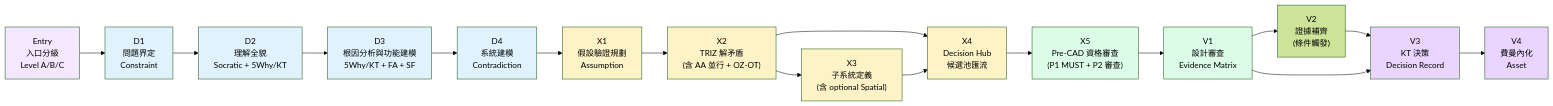
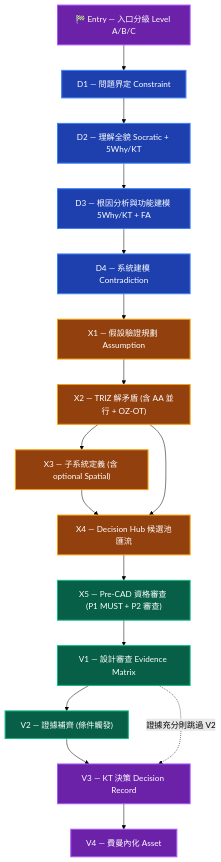
The first of 5 diagrams in docs/01-define/E3--system-interaction-flow.md (Zenobia0000/RD_copilot_system), drawn with Mermaid (forest theme) before and after one commit. The commit also changed 5 other files, not shown here.

First line of the commit message:
fix(docs): D/X/V 編號補遺 — DK-02/03/04 + first-principles + superseded wbs + interaction-flow

````diff
--- a/docs/01-define/E3--system-interaction-flow.md
+++ b/docs/01-define/E3--system-interaction-flow.md
@@ -55,34 +55,50 @@
 ```mermaid
-graph LR
-    S0["Entry<br/>入口分級<br/>Level A/B/C"] --> D1["D1<br/>問題界定<br/>Constraint"]
-    D1 --> D2["D2<br/>理解全貌<br/>Socratic + 5Why/KT"]
-    D2 --> D3["D3<br/>根因分析與功能建模<br/>5Why/KT + FA + SF"]
-    D3 --> D4["D4<br/>系統建模<br/>Contradiction"]
-    D4 --> X1["X1<br/>假設驗證規劃<br/>Assumption"]
+graph TD
+    %% ── Define 階段 ──
+    S0["🏁 Entry — 入口分級 Level A/B/C"]
+    D1["D1 — 問題界定 Constraint"]
+    D2["D2 — 理解全貌 Socratic + 5Why/KT"]
+    D3["D3 — 根因分析與功能建模 5Why/KT + FA"]
+    D4["D4 — 系統建模 Contradiction"]
 
-    X1 --> X2["X2<br/>TRIZ 解矛盾<br/>(含 AA 並行 + OZ-OT)"]
-    X2 --> X3["X3<br/>子系統定義<br/>(含 optional Spatial)"]
-    X2 --> X4["X4<br/>Decision Hub<br/>候選池匯流"]
-    X3 --> X4
+    S0 --> D1 --> D2 --> D3 --> D4
 
-    X4 --> X5["X5<br/>Pre-CAD 資格審查<br/>(P1 MUST + P2 審查)"]
-    X5 --> V1["V1<br/>設計審查<br/>Evidence Matrix"]
-    V1 --> V2["V2<br/>證據補齊<br/>(條件觸發)"]
-    V2 --> V3["V3<br/>KT 決策<br/>Decision Record"]
-    V1 --> V3
-    V3 --> V4["V4<br/>費曼內化<br/>Asset"]
+    %% ── eXplore 階段 ──
+    X1["X1 — 假設驗證規劃 Assumption"]
+    X2["X2 — TRIZ 解矛盾 (含 AA 並行 + OZ-OT)"]
+    X3["X3 — 子系統定義 (含 optional Spatial)"]
+    X4["X4 — Decision Hub 候選池匯流"]
+    X5["X5 — Pre-CAD 資格審查 (P1 MUST + P2 審查)"]
 
-    style S0 fill:#F3E8FF
-    style D1 fill:#E0F2FE
-    style D2 fill:#E0F2FE
-    style D3 fill:#E0F2FE
-    style D4 fill:#E0F2FE
-    style X1 fill:#FEF3C7
-    style X2 fill:#FEF3C7
-    style X3 fill:#FEF3C7
-    style X4 fill:#FEF3C7
-    style X5 fill:#DCFCE7
-    style V1 fill:#DCFCE7
-    style V3 fill:#E9D5FF
-    style V4 fill:#E9D5FF
+    D4 --> X1 --> X2
+    X2 --> X3 --> X4
+    X2 --> X4
+    X4 --> X5
+
+    %% ── Verify 階段 ──
+    V1["V1 — 設計審查 Evidence Matrix"]
+    V2["V2 — 證據補齊 (條件觸發)"]
+    V3["V3 — KT 決策 Decision Record"]
+    V4["V4 — 費曼內化 Asset"]
+
+    X5 --> V1
+    V1 --> V2 --> V3
+    V1 -.->|"證據充分則跳過 V2"| V3
+    V3 --> V4
+
+    %% ── 樣式：深色填充 + 白字，暗色背景友好 ──
+    style S0 fill:#6B21A8,color:#fff,stroke:#A855F7,stroke-width:2px
+    style D1 fill:#1E40AF,color:#fff,stroke:#3B82F6,stroke-width:2px
+    style D2 fill:#1E40AF,color:#fff,stroke:#3B82F6,stroke-width:2px
+    style D3 fill:#1E40AF,color:#fff,stroke:#3B82F6,stroke-width:2px
+    style D4 fill:#1E40AF,color:#fff,stroke:#3B82F6,stroke-width:2px
+    style X1 fill:#92400E,color:#fff,stroke:#F59E0B,stroke-width:2px
+    style X2 fill:#92400E,color:#fff,stroke:#F59E0B,stroke-width:2px
+    style X3 fill:#92400E,color:#fff,stroke:#F59E0B,stroke-width:2px
+    style X4 fill:#92400E,color:#fff,stroke:#F59E0B,stroke-width:2px
+    style X5 fill:#065F46,color:#fff,stroke:#10B981,stroke-width:2px
+    style V1 fill:#065F46,color:#fff,stroke:#10B981,stroke-width:2px
+    style V2 fill:#065F46,color:#fff,stroke:#10B981,stroke-width:2px
+    style V3 fill:#6B21A8,color:#fff,stroke:#A855F7,stroke-width:2px
+    style V4 fill:#6B21A8,color:#fff,stroke:#A855F7,stroke-width:2px
 ```
````
